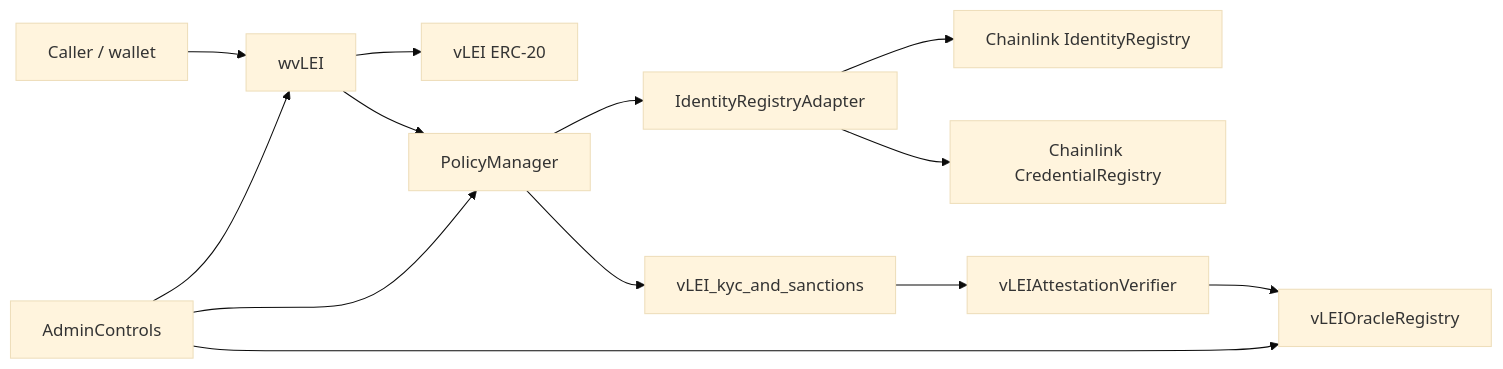
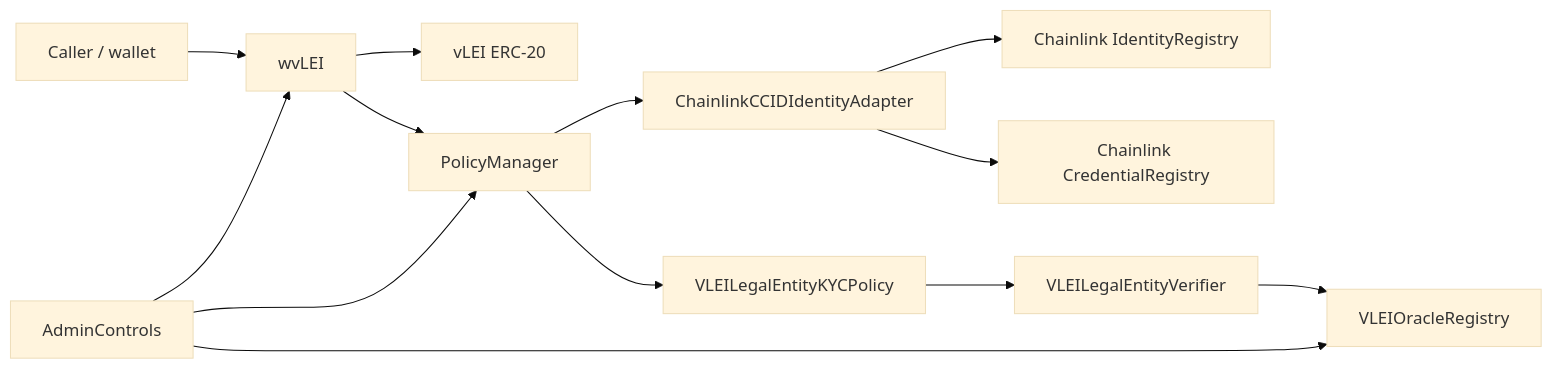
One commit to GLEIF-IT/vlei-comply changed the diagram in docs/architecture.md. Above: the diagram before and after it, drawn with Mermaid (base theme). The commit also changed other lines of this file and 22 other files, not shown here.

````diff
--- a/docs/architecture.md
+++ b/docs/architecture.md
@@ -9,15 +9,15 @@
 ```mermaid
 flowchart LR
   User["Caller / wallet"] --> Wrapper["wvLEI"]
   Wrapper --> Asset["vLEI ERC-20"]
   Wrapper --> Manager["PolicyManager"]
-  Manager --> Adapter["IdentityRegistryAdapter"]
+  Manager --> Adapter["ChainlinkCCIDIdentityAdapter"]
   Adapter --> ChainlinkId["Chainlink IdentityRegistry"]
   Adapter --> ChainlinkCred["Chainlink CredentialRegistry"]
-  Manager --> Policy["vLEI_kyc_and_sanctions"]
-  Policy --> Verifier["vLEIAttestationVerifier"]
-  Verifier --> Oracle["vLEIOracleRegistry"]
+  Manager --> Policy["VLEILegalEntityKYCPolicy"]
+  Policy --> Verifier["VLEILegalEntityVerifier"]
+  Verifier --> Oracle["VLEIOracleRegistry"]
   Admin["AdminControls"] --> Wrapper
   Admin --> Manager
   Admin --> Oracle
 ```
````
